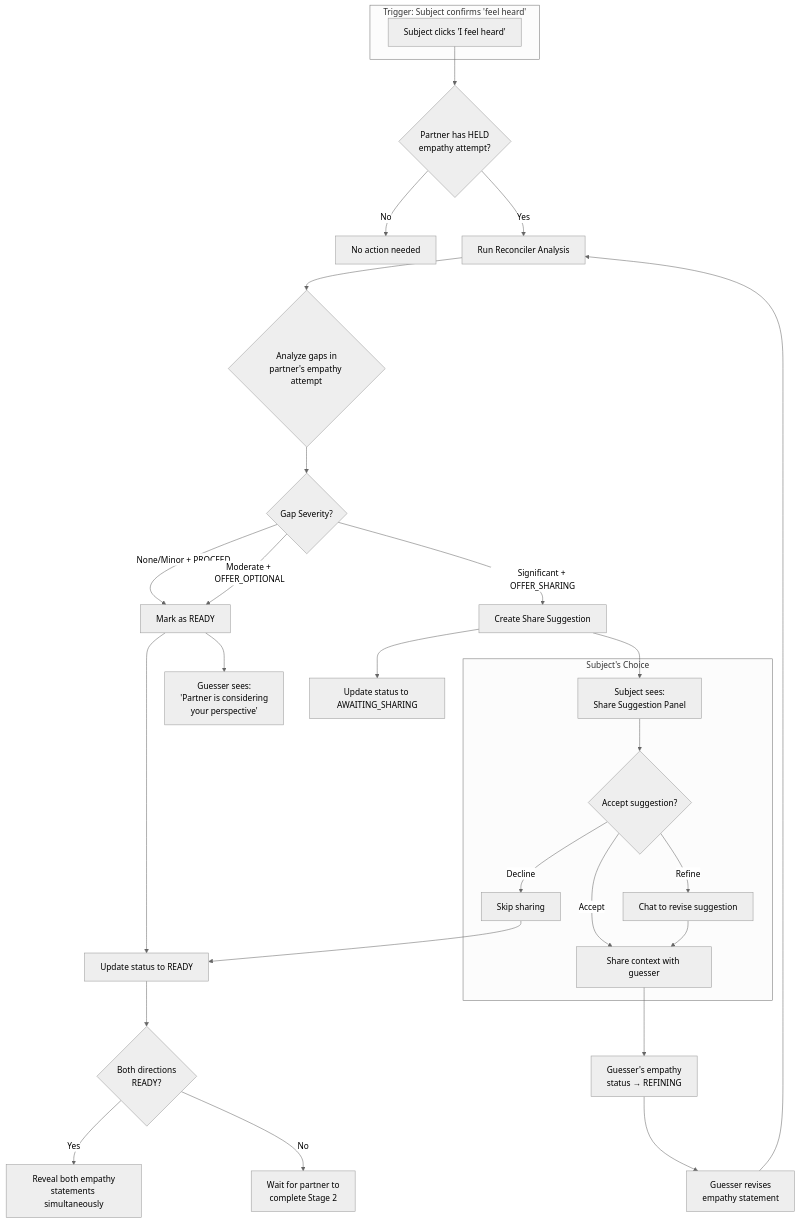
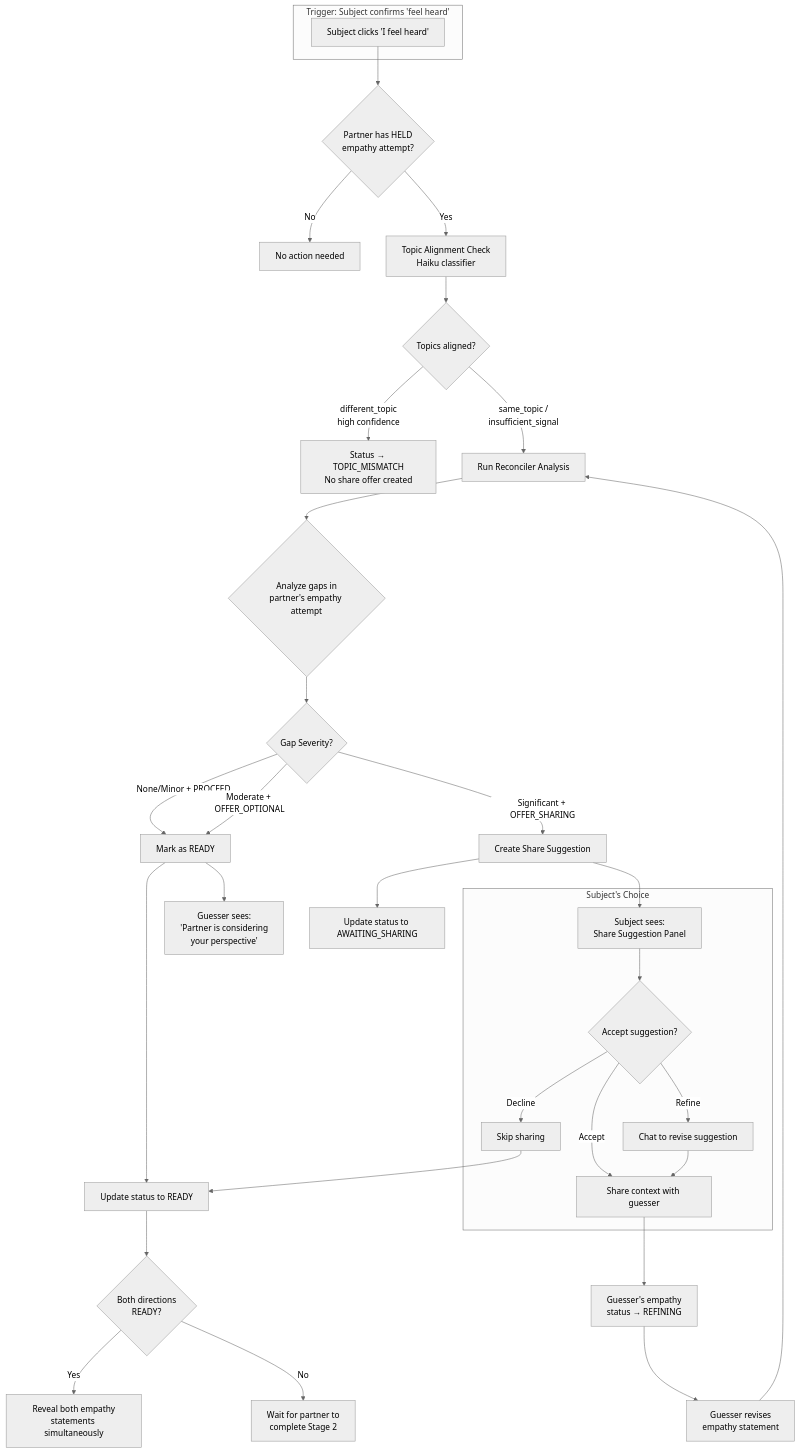
One commit to shantamg/meet-without-fear changed the third of 8 diagrams in docs/backend/reconciler-flow.md. Above: the diagram before and after it, drawn with Mermaid (neutral theme). The commit also changed other lines of this file and 9 other files, not shown here.

First line of the commit message:
feat: add topic-alignment gate before reconciler shared-context offers

````diff
--- a/docs/backend/reconciler-flow.md
+++ b/docs/backend/reconciler-flow.md
@@ -108,41 +111,45 @@
 ```mermaid
 flowchart TB
     subgraph Trigger["Trigger: Subject confirms 'feel heard'"]
         A["Subject clicks 'I feel heard'"]
     end
 
     A --> B{Partner has HELD<br/>empathy attempt?}
     B -->|No| C[No action needed]
-    B -->|Yes| D[Run Reconciler Analysis]
+    B -->|Yes| TA[Topic Alignment Check<br/>Haiku classifier]
+
+    TA --> TAR{Topics aligned?}
+    TAR -->|different_topic<br/>high confidence| TM[Status → TOPIC_MISMATCH<br/>No share offer created]
+    TAR -->|same_topic /<br/>insufficient_signal| D[Run Reconciler Analysis]
 
     D --> E{Analyze gaps in<br/>partner's empathy attempt}
 
     E --> F{Gap Severity?}
 
     F -->|None/Minor + PROCEED| G[Mark as READY]
     F -->|Moderate + OFFER_OPTIONAL| G
     F -->|Significant + OFFER_SHARING| H[Create Share Suggestion]
 
     G --> I["Guesser sees:<br/>'Partner is considering<br/>your perspective'"]
     G --> J[Update status to READY]
     J --> CHECK{Both directions<br/>READY?}
     CHECK -->|Yes| REVEAL[Reveal both empathy<br/>statements simultaneously]
     CHECK -->|No| WAIT[Wait for partner to<br/>complete Stage 2]
 
     H --> K[Subject sees:<br/>Share Suggestion Panel]
     H --> L[Update status to AWAITING_SHARING]
 
     subgraph SubjectChoice["Subject's Choice"]
         K --> M{Accept suggestion?}
         M -->|Accept| N[Share context with guesser]
         M -->|Refine| O[Chat to revise suggestion]
         M -->|Decline| P[Skip sharing]
     end
 
     N --> Q[Guesser's empathy<br/>status → REFINING]
     O --> N
     P --> J
 
     Q --> R[Guesser revises<br/>empathy statement]
     R --> D
 ```
````
